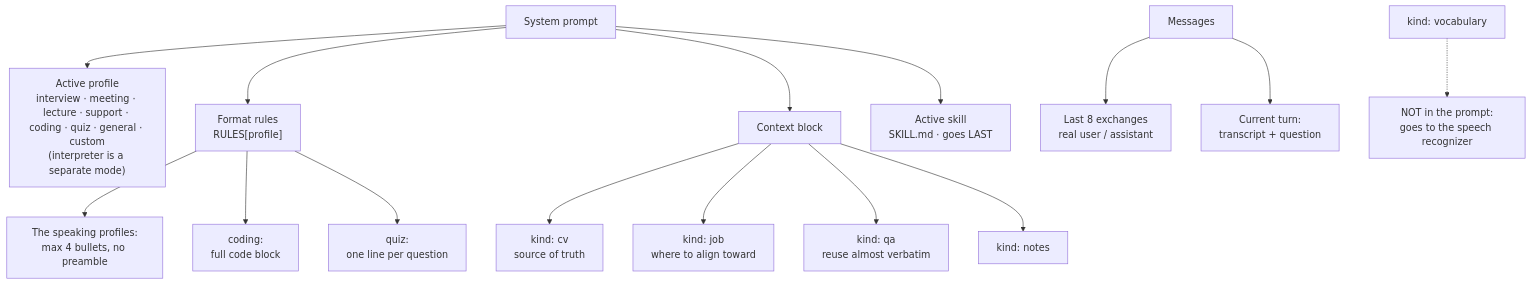
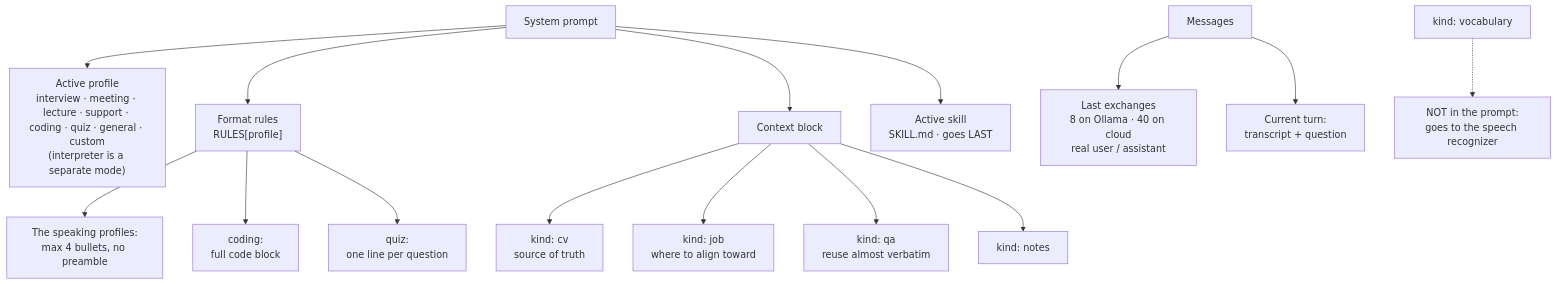
One commit to cflarios/Tayori changed the fifth of 7 diagrams in ARCHITECTURE.md. Above: the diagram before and after it, drawn with Mermaid. The commit also changed 2 other files, not shown here.

Commit message:
docs: sync memory and glass notes with the session's changes
- Memory is now provider-aware (8 on Ollama, 40 on cloud, and the chip drops its
  counter off Ollama): updated USAGE, the ARCHITECTURE prompt diagram, and the
  two CONTEXT notes that still said "last 8 exchanges" / "memoria n/8".
- The overlay background is translucent glass (a background alpha, not a blur):
  updated the CONTEXT lesson and dropped the resolved "overlayOpacity can't be
  changed" loose end.

````diff
--- a/ARCHITECTURE.md
+++ b/ARCHITECTURE.md
@@ -225,22 +225,22 @@
 ```mermaid
 flowchart TB
     SYS["System prompt"]
     SYS --> P["Active profile<br/>interview · meeting · lecture · support · coding · quiz · general · custom<br/>(interpreter is a separate mode)"]
     SYS --> R["Format rules<br/>RULES[profile]"]
     R --> RA["The speaking profiles:<br/>max 4 bullets, no preamble"]
     R --> RB["coding:<br/>full code block"]
     R --> RC["quiz:<br/>one line per question"]
     SYS --> CTX["Context block"]
 
     CTX --> CV["kind: cv<br/>source of truth"]
     CTX --> JOB["kind: job<br/>where to align toward"]
     CTX --> QA["kind: qa<br/>reuse almost verbatim"]
     CTX --> NOTES["kind: notes"]
 
     SYS --> SKILL["Active skill<br/>SKILL.md · goes LAST"]
 
-    MSG["Messages"] --> HIST["Last 8 exchanges<br/>real user / assistant"]
+    MSG["Messages"] --> HIST["Last exchanges<br/>8 on Ollama · 40 on cloud<br/>real user / assistant"]
     MSG --> NOW["Current turn:<br/>transcript + question"]
 
     VOC["kind: vocabulary"] -.-> ASR["NOT in the prompt:<br/>goes to the speech recognizer"]
 ```
````
